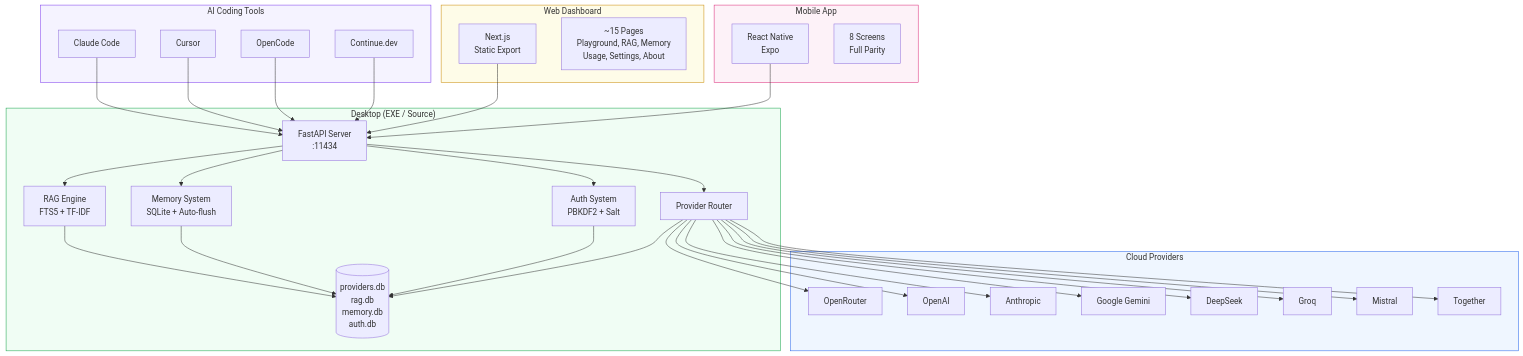
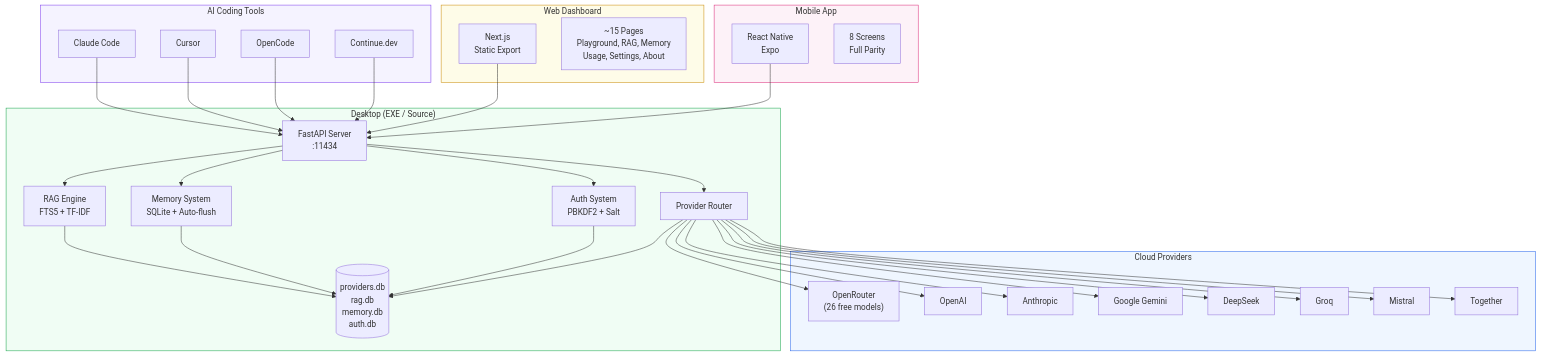
The sixth of 8 diagrams in README.md (rbkhan007/ollamomui), drawn with Mermaid before and after one commit. The commit also changed other lines of this file, not shown here.

Commit message:
Update model list to actual OpenRouter free tier: 26 free models (Qwen3 Coder 480B, GPT-OSS 120B, Nemotron Ultra 550B, Llama 3.3 70B, Gemma 4 31B)

````diff
--- a/README.md
+++ b/README.md
@@ -359,68 +364,68 @@
 ```mermaid
 flowchart TB
     subgraph Desktop["Desktop (EXE / Source)"]
         API["FastAPI Server<br/>:11434"]
         RAG["RAG Engine<br/>FTS5 + TF-IDF"]
         MEM["Memory System<br/>SQLite + Auto-flush"]
         AUTH["Auth System<br/>PBKDF2 + Salt"]
         ROUTER["Provider Router"]
         DB[("providers.db<br/>rag.db<br/>memory.db<br/>auth.db")]
     end
 
     subgraph Providers["Cloud Providers"]
-        OR["OpenRouter"]
+        OR["OpenRouter<br/>(26 free models)"]
         OAI["OpenAI"]
         ANTH["Anthropic"]
         GEM["Google Gemini"]
         DS["DeepSeek"]
         GRQ["Groq"]
         MST["Mistral"]
         TGH["Together"]
     end
 
     subgraph Frontend["Web Dashboard"]
         NEXT["Next.js<br/>Static Export"]
         PAGES["~15 Pages<br/>Playground, RAG, Memory<br/>Usage, Settings, About"]
     end
 
     subgraph Mobile["Mobile App"]
         RN["React Native<br/>Expo"]
         MSCREENS["8 Screens<br/>Full Parity"]
     end
 
     subgraph Clients["AI Coding Tools"]
         CC["Claude Code"]
         CU["Cursor"]
         OC["OpenCode"]
         CD["Continue.dev"]
     end
 
     CC --> API
     CU --> API
     OC --> API
     CD --> API
     NEXT --> API
     RN --> API
     API --> RAG
     API --> MEM
     API --> AUTH
     API --> ROUTER
     RAG --> DB
     MEM --> DB
     AUTH --> DB
     ROUTER --> DB
     ROUTER --> OR
     ROUTER --> OAI
     ROUTER --> ANTH
     ROUTER --> GEM
     ROUTER --> DS
     ROUTER --> GRQ
     ROUTER --> MST
     ROUTER --> TGH
 
     style Desktop fill:#f0fdf4,stroke:#16a34a
     style Providers fill:#eff6ff,stroke:#2563eb
     style Frontend fill:#fefce8,stroke:#ca8a04
     style Mobile fill:#fdf2f8,stroke:#db2777
     style Clients fill:#f5f3ff,stroke:#7c3aed
 ```
````
